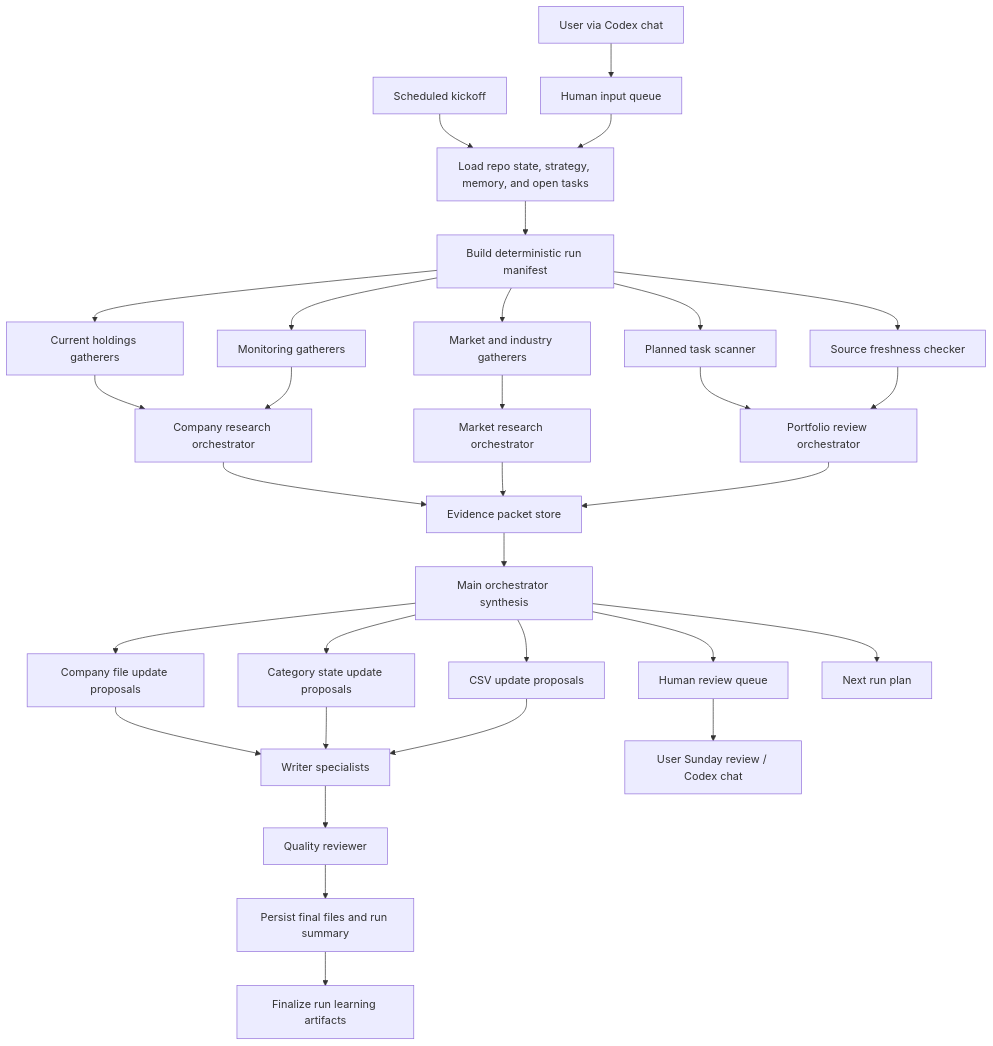
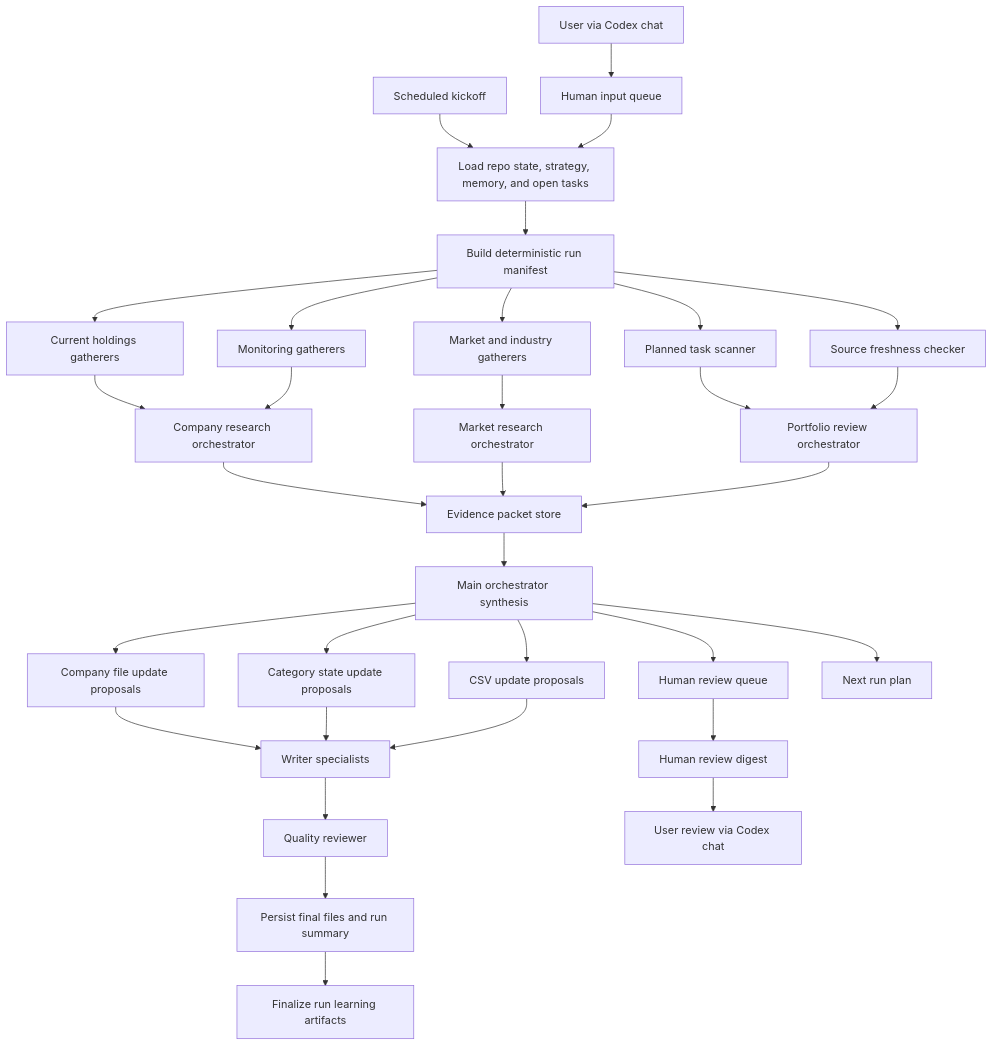
The diagram in docs/descriptions/investment_agent_workflow.md (muhuuh/picker), drawn with Mermaid before and after one commit. The commit also changed other lines of this file and 26 other files, not shown here.

First line of the commit message:
Enhance memory evaluation and human review processes

````diff
--- a/docs/descriptions/investment_agent_workflow.md
+++ b/docs/descriptions/investment_agent_workflow.md
@@ -321,38 +335,39 @@
 ```mermaid
 flowchart TD
     A["Scheduled kickoff"] --> B["Load repo state, strategy, memory, and open tasks"]
     U["User via Codex chat"] --> UI["Human input queue"]
     UI --> B
     B --> C["Build deterministic run manifest"]
 
     C --> D1["Current holdings gatherers"]
     C --> D2["Monitoring gatherers"]
     C --> D3["Market and industry gatherers"]
     C --> D4["Planned task scanner"]
     C --> D5["Source freshness checker"]
 
     D1 --> E1["Company research orchestrator"]
     D2 --> E1
     D3 --> E2["Market research orchestrator"]
     D4 --> E3["Portfolio review orchestrator"]
     D5 --> E3
 
     E1 --> F["Evidence packet store"]
     E2 --> F
     E3 --> F
 
     F --> G["Main orchestrator synthesis"]
     G --> H1["Company file update proposals"]
     G --> H2["Category state update proposals"]
     G --> H3["CSV update proposals"]
     G --> H4["Human review queue"]
     G --> H5["Next run plan"]
 
     H1 --> I["Writer specialists"]
     H2 --> I
     H3 --> I
     I --> J["Quality reviewer"]
     J --> K["Persist final files and run summary"]
     K --> L["Finalize run learning artifacts"]
-    H4 --> U2["User Sunday review / Codex chat"]
+    H4 --> HRD["Human review digest"]
+    HRD --> U2["User review via Codex chat"]
 ```
````
